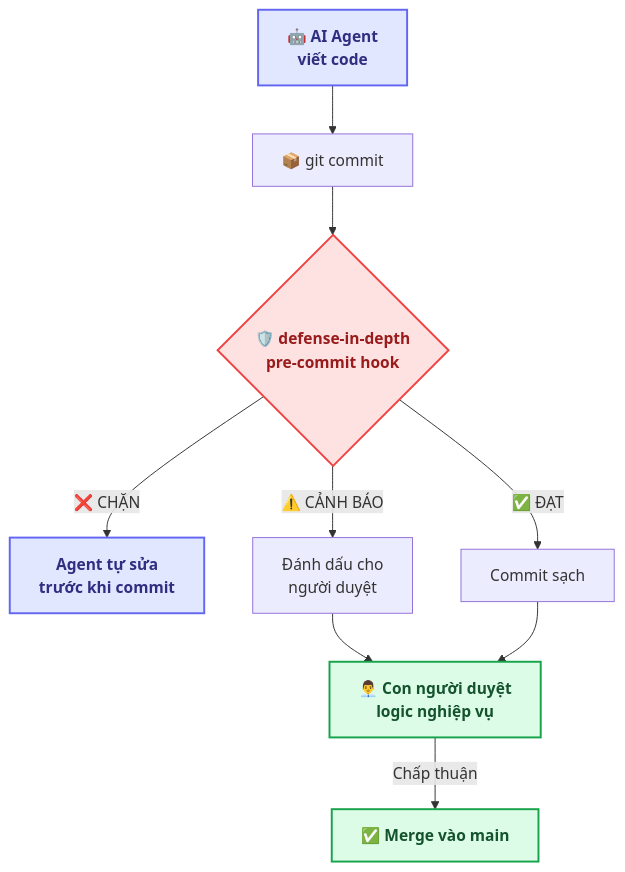
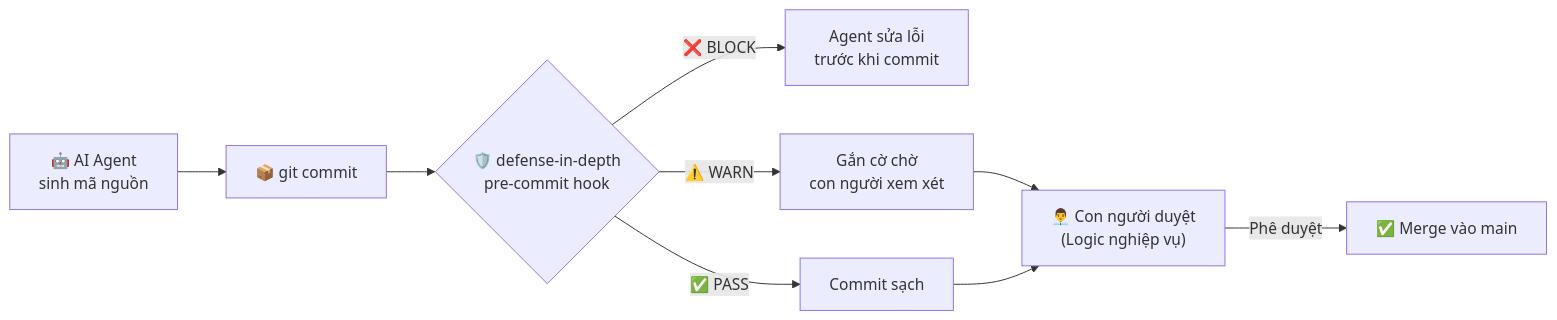
The diagram in README.vi.md (tamld/defense-in-depth), drawn with Mermaid before and after one commit. The commit also changed other lines of this file and 1 other file, not shown here.

````diff
--- a/README.vi.md
+++ b/README.vi.md
@@ -122,15 +120,11 @@
 ```mermaid
-flowchart TD
-    classDef agent fill:#e0e7ff,stroke:#6366f1,stroke-width:2px,color:#312e81,font-weight:bold;
-    classDef guard fill:#fee2e2,stroke:#ef4444,stroke-width:2px,color:#991b1b,font-weight:bold;
-    classDef human fill:#dcfce7,stroke:#16a34a,stroke-width:2px,color:#14532d,font-weight:bold;
-
-    A["🤖 AI Agent<br/>viết code"]:::agent --> B["📦 git commit"]
-    B --> C{"🛡️ defense-in-depth<br/>pre-commit hook"}:::guard
-    C -->|"❌ CHẶN"| D["Agent tự sửa<br/>trước khi commit"]:::agent
-    C -->|"⚠️ CẢNH BÁO"| E["Đánh dấu cho<br/>người duyệt"]
-    C -->|"✅ ĐẠT"| F["Commit sạch"]
-    E --> G["👨‍💼 Con người duyệt<br/>logic nghiệp vụ"]:::human
+flowchart LR
+    A["🤖 AI Agent<br/>sinh mã nguồn"] --> B["📦 git commit"]
+    B --> C{"🛡️ defense-in-depth<br/>pre-commit hook"}
+    C -->|"❌ BLOCK"| D["Agent sửa lỗi<br/>trước khi commit"]
+    C -->|"⚠️ WARN"| E["Gắn cờ chờ<br/>con người xem xét"]
+    C -->|"✅ PASS"| F["Commit sạch"]
+    E --> G["👨‍💼 Con người duyệt<br/>(Logic nghiệp vụ)"]
     F --> G
-    G -->|"Chấp thuận"| H["✅ Merge vào main"]:::human
+    G -->|"Phê duyệt"| H["✅ Merge vào main"]
 ```
````
